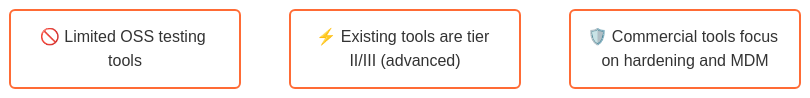
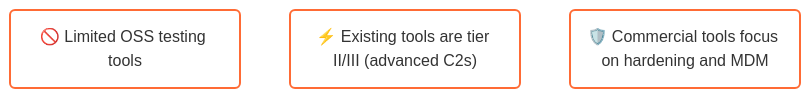
Before and after one commit to darmado/attack-macOS: the first of 4 diagrams in README.md, drawn with Mermaid. The commit also changed other lines of this file and 16 other files, not shown here.

````diff
--- a/README.md
+++ b/README.md
@@ -41,10 +41,10 @@
 ```mermaid
 flowchart TD
     A1("🚫 Limited OSS testing tools")
-    A2("⚡ Existing tools are tier II/III (advanced)")
+    A2("⚡ Existing tools are tier II/III (advanced C2s)")
     A3("🛡️ Commercial tools focus on hardening and MDM")
 
     style A1 stroke:#ff6b35,stroke-width:2px,fill:transparent
     style A2 stroke:#ff6b35,stroke-width:2px,fill:transparent
     style A3 stroke:#ff6b35,stroke-width:2px,fill:transparent
 ```
````
